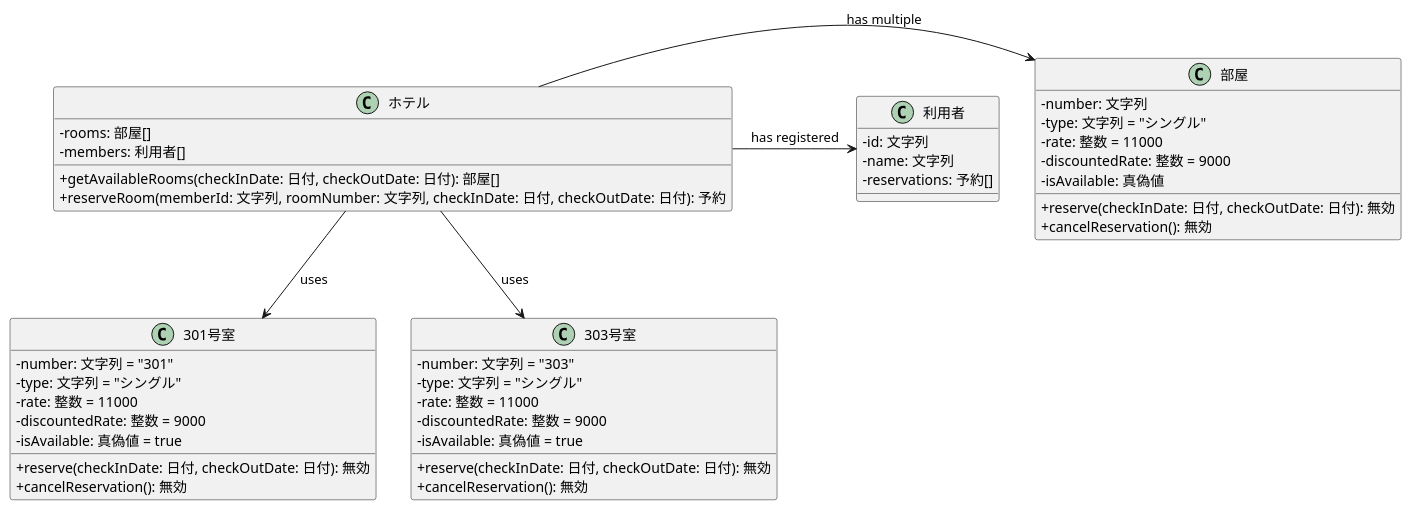
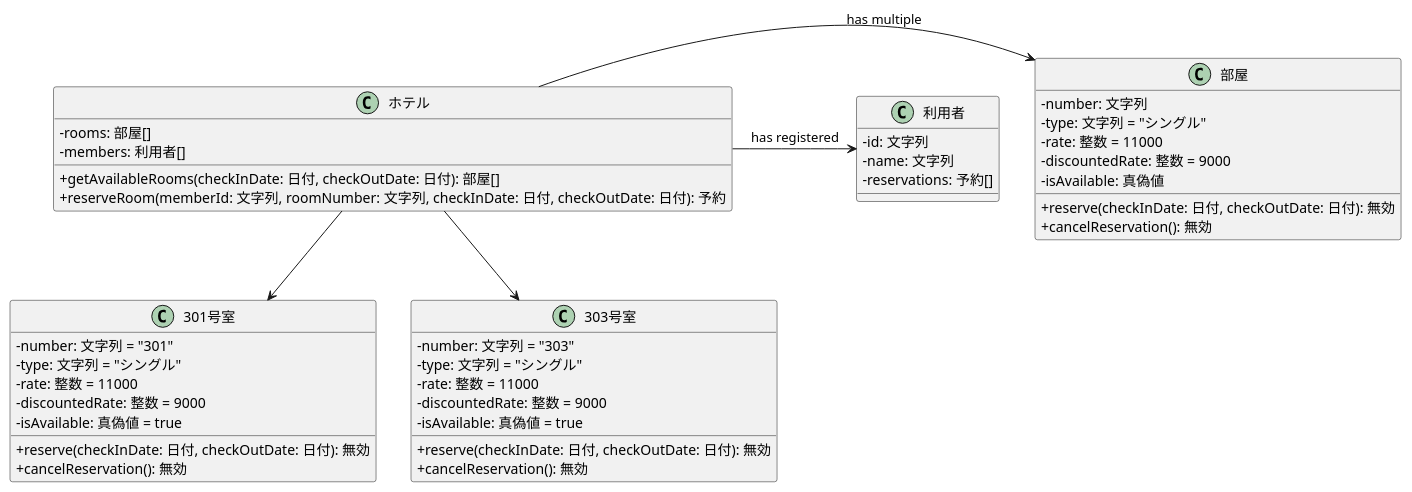
The diagram in 演習3-5_OBJ_ホテル宿泊予約.pu (nishiyu0919/uml-introduction), drawn with PlantUML before and after one commit.

Commit message:
演習4

```diff
--- a/演習3-5_OBJ_ホテル宿泊予約.pu
+++ b/演習3-5_OBJ_ホテル宿泊予約.pu
@@ -1,52 +1,52 @@
 @startuml 演習3-5
 skinparam classAttributeIconSize 0
 class ホテル {
     - rooms: 部屋[]
     - members: 利用者[]
     + getAvailableRooms(checkInDate: 日付, checkOutDate: 日付): 部屋[]
     + reserveRoom(memberId: 文字列, roomNumber: 文字列, checkInDate: 日付, checkOutDate: 日付): 予約
 }
 
 class 部屋 {
     - number: 文字列
     - type: 文字列 = "シングル"
     - rate: 整数 = 11000
     - discountedRate: 整数 = 9000
     - isAvailable: 真偽値
     + reserve(checkInDate: 日付, checkOutDate: 日付): 無効
     + cancelReservation(): 無効
 }
 
 class 利用者 {
     - id: 文字列
     - name: 文字列
     - reservations: 予約[]
 }
 
 ホテル -> 部屋 : has multiple
 ホテル -> 利用者 : has registered
 
-ホテル --> 301号室 : uses
-ホテル --> 303号室 : uses
+ホテル --> 301号室 
+ホテル --> 303号室 
 
 class 301号室 {
     - number: 文字列 = "301"
     - type: 文字列 = "シングル"
     - rate: 整数 = 11000
     - discountedRate: 整数 = 9000
     - isAvailable: 真偽値 = true
     + reserve(checkInDate: 日付, checkOutDate: 日付): 無効
     + cancelReservation(): 無効
 }
 
 class 303号室 {
     - number: 文字列 = "303"
     - type: 文字列 = "シングル"
     - rate: 整数 = 11000
     - discountedRate: 整数 = 9000
     - isAvailable: 真偽値 = true
     + reserve(checkInDate: 日付, checkOutDate: 日付): 無効
     + cancelReservation(): 無効
 }
 
 @enduml
```
